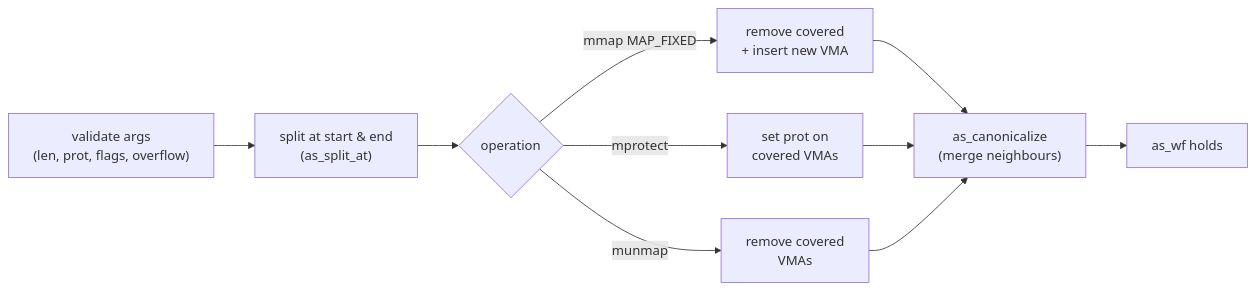
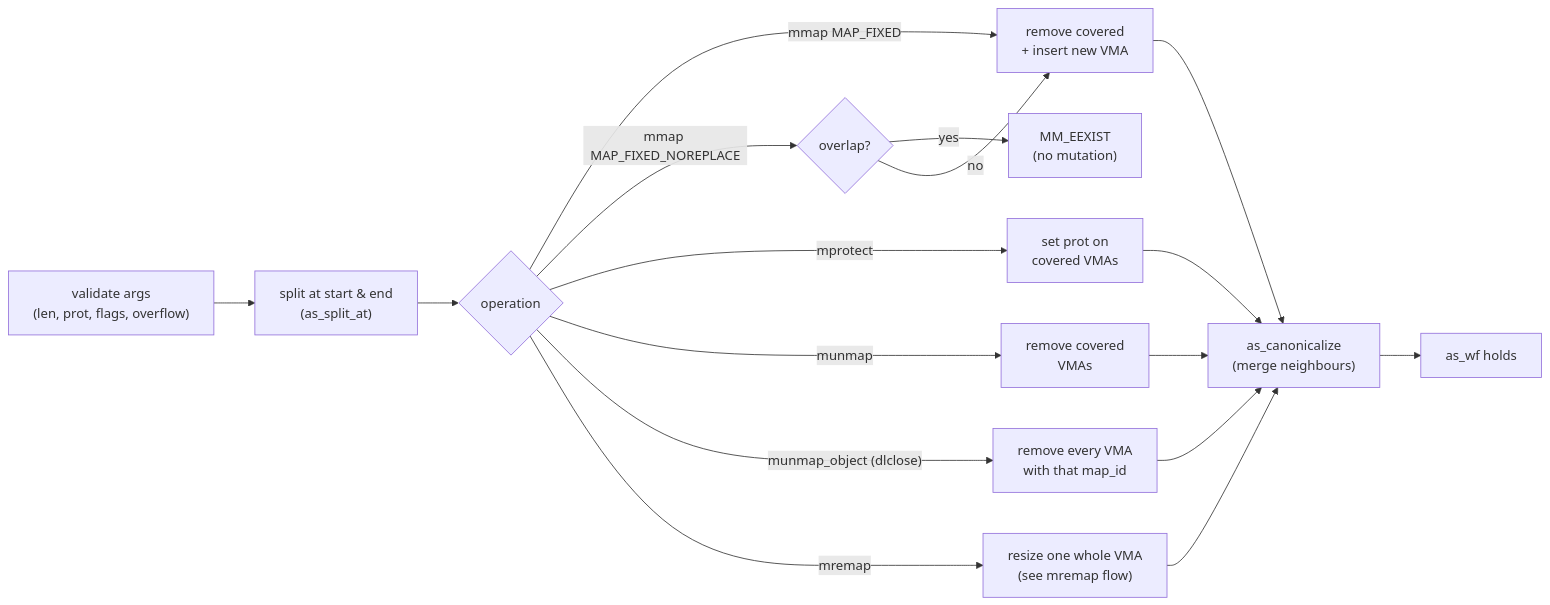
One commit to 4ge32/mmap changed the first of 2 diagrams in docs/mmap_model_spec.md. Above: the diagram before and after it, drawn with Mermaid. The commit also changed other lines of this file and 2 other files, not shown here.

First line of the commit message:
docs(m5): visualize the new ops — vma_viz scenarios + Mermaid diagrams

````diff
--- a/docs/mmap_model_spec.md
+++ b/docs/mmap_model_spec.md
@@ -59,12 +59,19 @@
 ```mermaid
 flowchart LR
   A["validate args<br/>(len, prot, flags, overflow)"] --> B["split at start &amp; end<br/>(as_split_at)"]
   B --> C{operation}
   C -->|mmap MAP_FIXED| D["remove covered<br/>+ insert new VMA"]
+  C -->|"mmap MAP_FIXED_NOREPLACE"| D2{"overlap?"}
   C -->|mprotect| E["set prot on<br/>covered VMAs"]
   C -->|munmap| F["remove covered<br/>VMAs"]
+  C -->|"munmap_object (dlclose)"| F2["remove every VMA<br/>with that map_id"]
+  C -->|mremap| M["resize one whole VMA<br/>(see mremap flow)"]
+  D2 -->|yes| X["MM_EEXIST<br/>(no mutation)"]
+  D2 -->|no| D
   D --> G["as_canonicalize<br/>(merge neighbours)"]
   E --> G
   F --> G
+  F2 --> G
+  M --> G
   G --> H["as_wf holds"]
 ```
````
